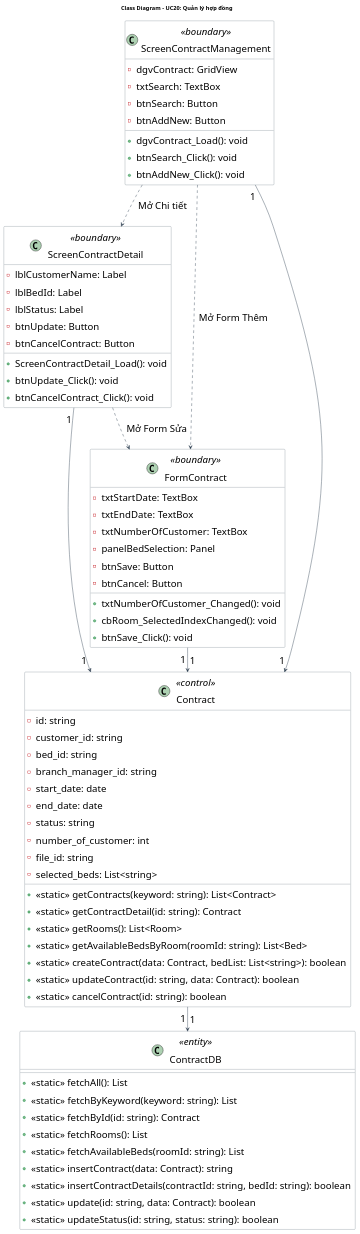
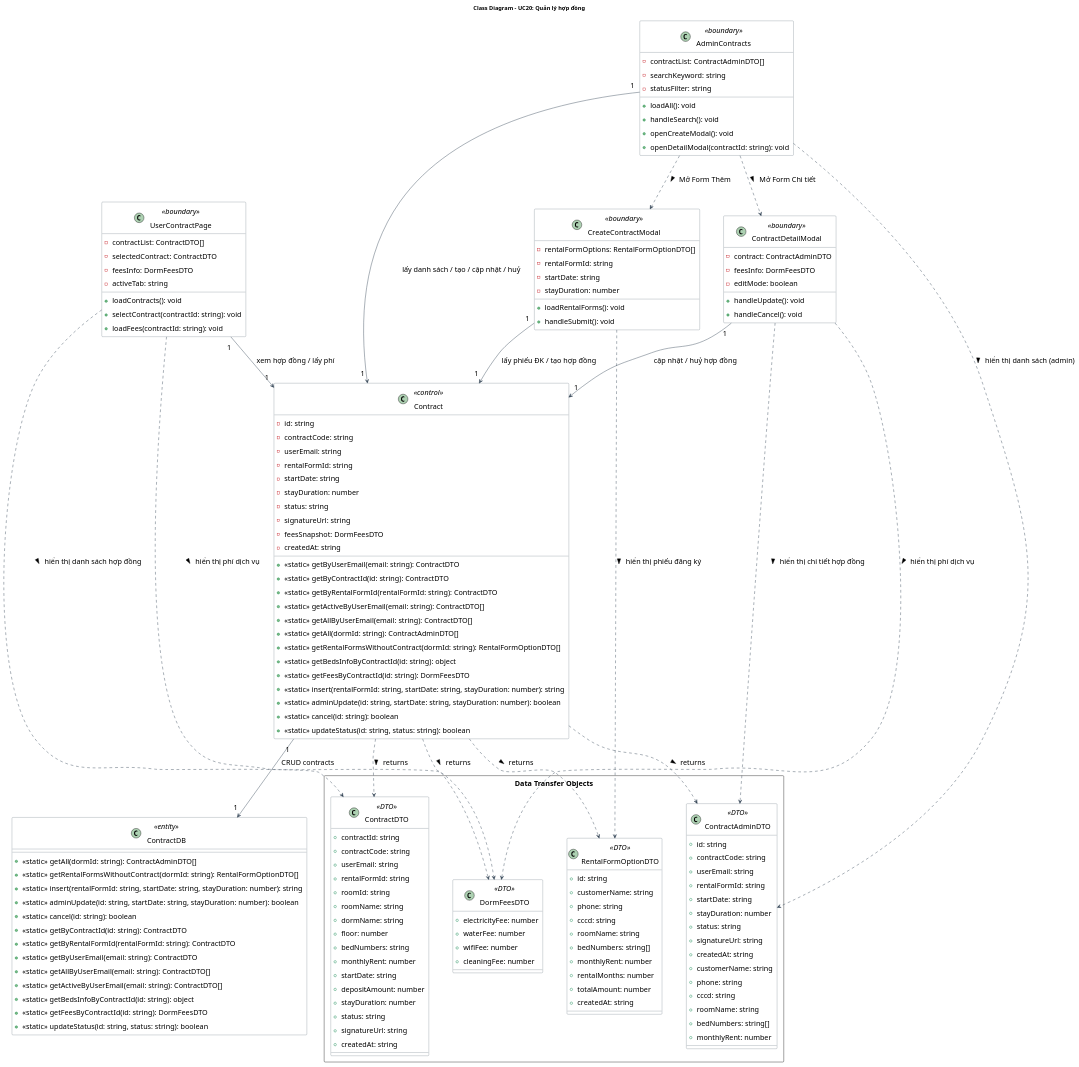
The diagram in doc/system/quan_ly_hop_dong/QuanLyHopDong_ClassDiagram.wsd (Gnourt812005/HCMUS-Analyze-and-desgin-IS), drawn with PlantUML before and after one commit. The commit also changed 7 other files, not shown here.

Commit message:
fix class diagram + sequence quản lý hợp đồng, quản lý biên bản bàn giao

```diff
--- a/doc/system/quan_ly_hop_dong/QuanLyHopDong_ClassDiagram.wsd
+++ b/doc/system/quan_ly_hop_dong/QuanLyHopDong_ClassDiagram.wsd
@@ -7,85 +7,196 @@
     ClassBorderColor #2D3E50
     ArrowColor #2D3E50
     DefaultFontName "Arial"
-    DefaultFontSize 24
+    DefaultFontSize 18
     Padding 5
+    Nodesep 60
+    Ranksep 80
 }
 
-' --- BOUNDARY LAYER ---
-class "ScreenContractManagement" as ScreenCM <<boundary>> {
-    - dgvContract: GridView
-    - txtSearch: TextBox
-    - btnSearch: Button
-    - btnAddNew: Button
-    + dgvContract_Load(): void
-    + btnSearch_Click(): void
-    + btnAddNew_Click(): void
+' ==========================================
+' 1. SHARED LAYER (DTOs)
+' ==========================================
+package "Data Transfer Objects" <<Rectangle>> {
+    class "ContractDTO" as ContractDTO <<DTO>> {
+        + contractId: string
+        + contractCode: string
+        + userEmail: string
+        + rentalFormId: string
+        + roomId: string
+        + roomName: string
+        + dormName: string
+        + floor: number
+        + bedNumbers: string
+        + monthlyRent: number
+        + startDate: string
+        + depositAmount: number
+        + stayDuration: number
+        + status: string
+        + signatureUrl: string
+        + createdAt: string
+    }
+
+    class "ContractAdminDTO" as ContractAdminDTO <<DTO>> {
+        + id: string
+        + contractCode: string
+        + userEmail: string
+        + rentalFormId: string
+        + startDate: string
+        + stayDuration: number
+        + status: string
+        + signatureUrl: string
+        + createdAt: string
+        + customerName: string
+        + phone: string
+        + cccd: string
+        + roomName: string
+        + bedNumbers: string[]
+        + monthlyRent: number
+    }
+
+    class "DormFeesDTO" as DormFeesDTO <<DTO>> {
+        + electricityFee: number
+        + waterFee: number
+        + wifiFee: number
+        + cleaningFee: number
+    }
+
+    class "RentalFormOptionDTO" as RentalFormOptionDTO <<DTO>> {
+        + id: string
+        + customerName: string
+        + phone: string
+        + cccd: string
+        + roomName: string
+        + bedNumbers: string[]
+        + monthlyRent: number
+        + rentalMonths: number
+        + totalAmount: number
+        + createdAt: string
+    }
 }
 
-class "ScreenContractDetail" as ScreenCD <<boundary>> {
-    - lblCustomerName: Label
-    - lblBedId: Label
-    - lblStatus: Label
-    - btnUpdate: Button
-    - btnCancelContract: Button
-    + ScreenContractDetail_Load(): void
-    + btnUpdate_Click(): void
-    + btnCancelContract_Click(): void
+' ==========================================
+' 2. BOUNDARY LAYER (FRONTEND VIEWS)
+' ==========================================
+class "UserContractPage" as UserContractPage <<boundary>> {
+    - contractList: ContractDTO[]
+    - selectedContract: ContractDTO
+    - feesInfo: DormFeesDTO
+    - activeTab: string
+
+    + loadContracts(): void
+    + selectContract(contractId: string): void
+    + loadFees(contractId: string): void
 }
 
-class "FormContract" as FormContract <<boundary>> {
-    - txtStartDate: TextBox
-    - txtEndDate: TextBox
-    - txtNumberOfCustomer: TextBox
-    - panelBedSelection: Panel
-    - btnSave: Button
-    - btnCancel: Button
-    + txtNumberOfCustomer_Changed(): void
-    + cbRoom_SelectedIndexChanged(): void
-    + btnSave_Click(): void
+class "AdminContracts" as AdminContracts <<boundary>> {
+    - contractList: ContractAdminDTO[]
+    - searchKeyword: string
+    - statusFilter: string
+
+    + loadAll(): void
+    + handleSearch(): void
+    + openCreateModal(): void
+    + openDetailModal(contractId: string): void
 }
 
-' --- BUSINESS LAYER ---
+class "CreateContractModal" as CreateContractModal <<boundary>> {
+    - rentalFormOptions: RentalFormOptionDTO[]
+    - rentalFormId: string
+    - startDate: string
+    - stayDuration: number
+
+    + loadRentalForms(): void
+    + handleSubmit(): void
+}
+
+class "ContractDetailModal" as ContractDetailModal <<boundary>> {
+    - contract: ContractAdminDTO
+    - feesInfo: DormFeesDTO
+    - editMode: boolean
+
+    + handleUpdate(): void
+    + handleCancel(): void
+}
+
+' ==========================================
+' 3. CONTROL LAYER (BUSINESS LOGIC)
+' ==========================================
 class "Contract" as Contract <<control>> {
     - id: string
-    - customer_id: string
-    - bed_id: string
-    - branch_manager_id: string
-    - start_date: date
-    - end_date: date
+    - contractCode: string
+    - userEmail: string
+    - rentalFormId: string
+    - startDate: string
+    - stayDuration: number
     - status: string
-    - number_of_customer: int
-    - file_id: string
-    - selected_beds: List<string>
-    + <<static>> getContracts(keyword: string): List<Contract>
-    + <<static>> getContractDetail(id: string): Contract
-    + <<static>> getRooms(): List<Room>
-    + <<static>> getAvailableBedsByRoom(roomId: string): List<Bed>
-    + <<static>> createContract(data: Contract, bedList: List<string>): boolean
-    + <<static>> updateContract(id: string, data: Contract): boolean
-    + <<static>> cancelContract(id: string): boolean
-}
+    - signatureUrl: string
+    - feesSnapshot: DormFeesDTO
+    - createdAt: string
 
-' --- DATABASE LAYER ---
-class "ContractDB" as ContractDB <<entity>> {
-    + <<static>> fetchAll(): List
-    + <<static>> fetchByKeyword(keyword: string): List
-    + <<static>> fetchById(id: string): Contract
-    + <<static>> fetchRooms(): List
-    + <<static>> fetchAvailableBeds(roomId: string): List
-    + <<static>> insertContract(data: Contract): string
-    + <<static>> insertContractDetails(contractId: string, bedId: string): boolean
-    + <<static>> update(id: string, data: Contract): boolean
+    + <<static>> getByUserEmail(email: string): ContractDTO
+    + <<static>> getByContractId(id: string): ContractDTO
+    + <<static>> getByRentalFormId(rentalFormId: string): ContractDTO
+    + <<static>> getActiveByUserEmail(email: string): ContractDTO[]
+    + <<static>> getAllByUserEmail(email: string): ContractDTO[]
+    + <<static>> getAll(dormId: string): ContractAdminDTO[]
+    + <<static>> getRentalFormsWithoutContract(dormId: string): RentalFormOptionDTO[]
+    + <<static>> getBedsInfoByContractId(id: string): object
+    + <<static>> getFeesByContractId(id: string): DormFeesDTO
+    + <<static>> insert(rentalFormId: string, startDate: string, stayDuration: number): string
+    + <<static>> adminUpdate(id: string, startDate: string, stayDuration: number): boolean
+    + <<static>> cancel(id: string): boolean
     + <<static>> updateStatus(id: string, status: string): boolean
 }
 
-' --- RELATIONSHIPS ---
-ScreenCM "1" --> "1" Contract
-ScreenCD "1" --> "1" Contract
-FormContract "1" --> "1" Contract
-Contract "1" --> "1" ContractDB
-ScreenCM ..> ScreenCD : Mở Chi tiết
-ScreenCM ..> FormContract : Mở Form Thêm
-ScreenCD ..> FormContract : Mở Form Sửa
+' ==========================================
+' 4. ENTITY LAYER (DATABASE)
+' ==========================================
+class "ContractDB" as ContractDB <<entity>> {
+    + <<static>> getAll(dormId: string): ContractAdminDTO[]
+    + <<static>> getRentalFormsWithoutContract(dormId: string): RentalFormOptionDTO[]
+    + <<static>> insert(rentalFormId: string, startDate: string, stayDuration: number): string
+    + <<static>> adminUpdate(id: string, startDate: string, stayDuration: number): boolean
+    + <<static>> cancel(id: string): boolean
+    + <<static>> getByContractId(id: string): ContractDTO
+    + <<static>> getByRentalFormId(rentalFormId: string): ContractDTO
+    + <<static>> getByUserEmail(email: string): ContractDTO
+    + <<static>> getAllByUserEmail(email: string): ContractDTO[]
+    + <<static>> getActiveByUserEmail(email: string): ContractDTO[]
+    + <<static>> getBedsInfoByContractId(id: string): object
+    + <<static>> getFeesByContractId(id: string): DormFeesDTO
+    + <<static>> updateStatus(id: string, status: string): boolean
+}
+
+' ==========================================
+' RELATIONSHIPS
+' ==========================================
+
+' Luồng điều hướng UI
+AdminContracts ..> CreateContractModal : "Mở Form Thêm >"
+AdminContracts ..> ContractDetailModal : "Mở Form Chi tiết >"
+
+' UI sử dụng DTO để hiển thị
+UserContractPage ..> ContractDTO : "hiển thị danh sách hợp đồng >"
+UserContractPage ..> DormFeesDTO : "hiển thị phí dịch vụ >"
+AdminContracts ..> ContractAdminDTO : "hiển thị danh sách (admin) >"
+CreateContractModal ..> RentalFormOptionDTO : "hiển thị phiếu đăng ký >"
+ContractDetailModal ..> ContractAdminDTO : "hiển thị chi tiết hợp đồng >"
+ContractDetailModal ..> DormFeesDTO : "hiển thị phí dịch vụ >"
+
+' UI gọi Business (Boundary -> Control)
+UserContractPage "1" --> "1" Contract : "xem hợp đồng / lấy phí"
+AdminContracts "1" --> "1" Contract : "lấy danh sách / tạo / cập nhật / huỷ"
+CreateContractModal "1" --> "1" Contract : "lấy phiếu ĐK / tạo hợp đồng"
+ContractDetailModal "1" --> "1" Contract : "cập nhật / huỷ hợp đồng"
+
+' Business gọi DB (Control -> Entity)
+Contract "1" --> "1" ContractDB : "CRUD contracts"
+
+' Business trả về DTO (Control -> DTO)
+Contract ..> ContractDTO : "returns >"
+Contract ..> ContractAdminDTO : "returns >"
+Contract ..> DormFeesDTO : "returns >"
+Contract ..> RentalFormOptionDTO : "returns >"
 
 @enduml
```
